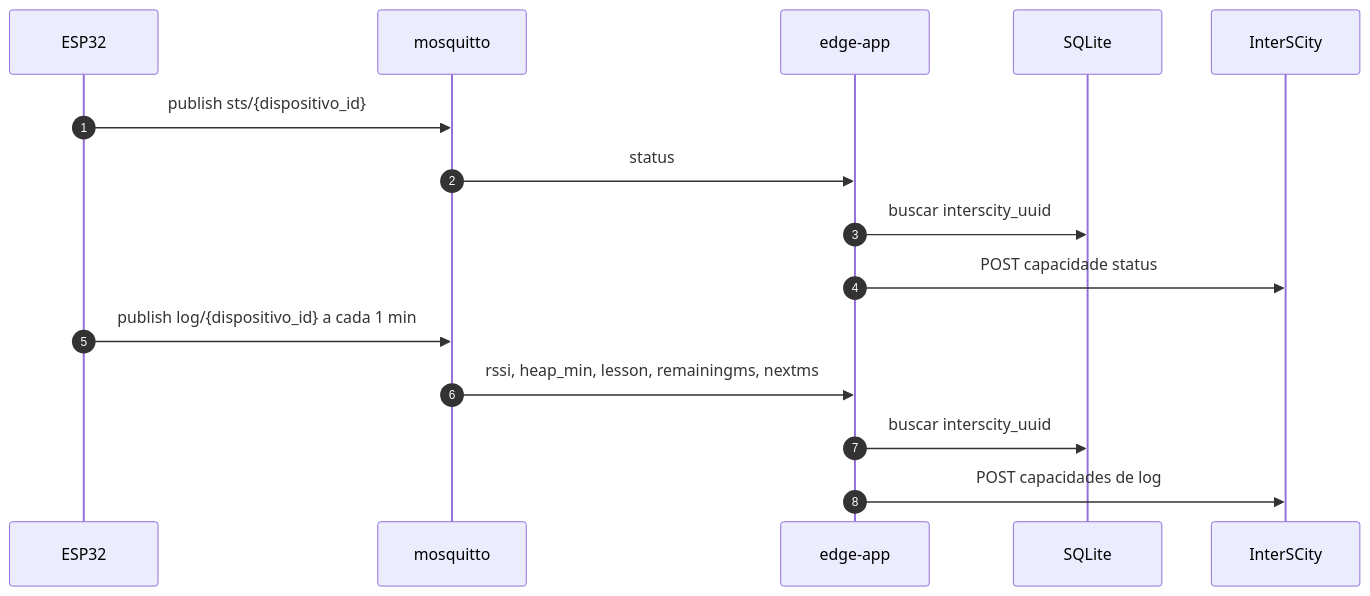
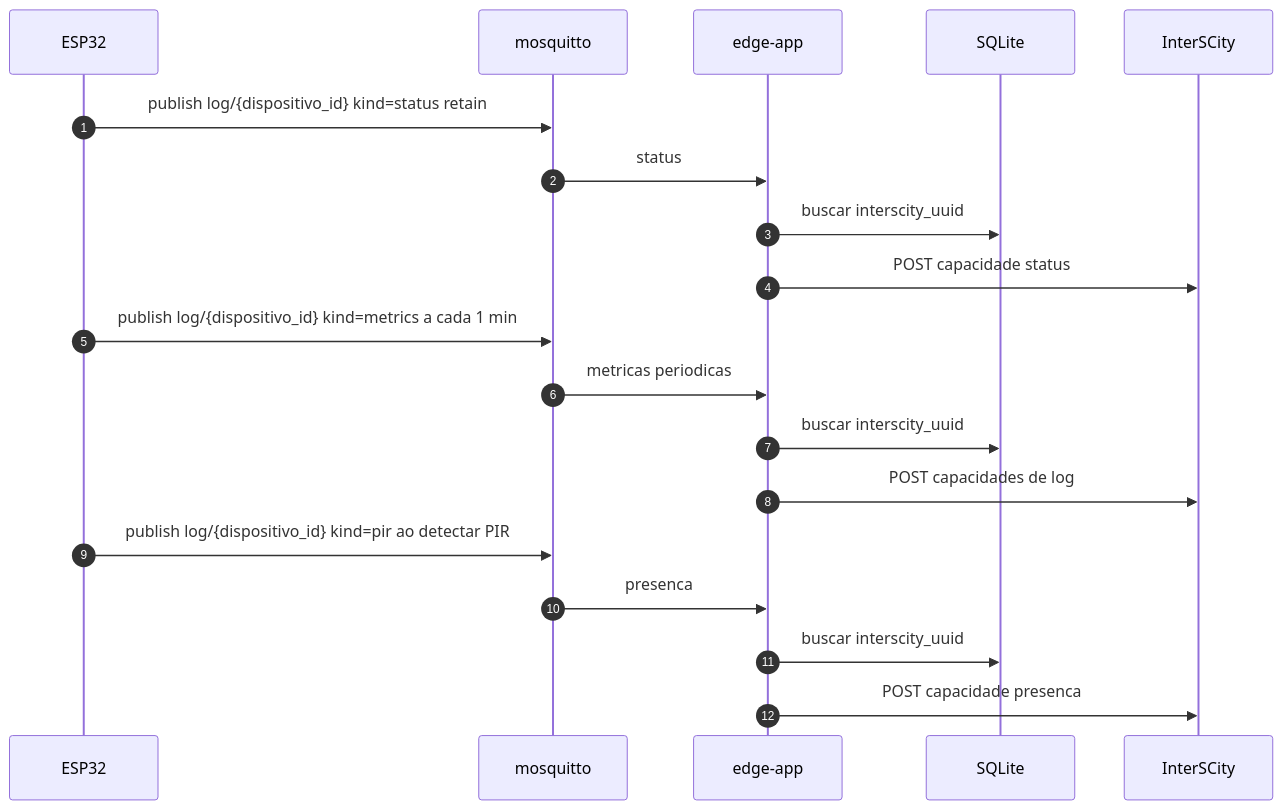
The fifth of 5 diagrams in README.md (DanielKGM/autoponto-edgenode), drawn with Mermaid before and after one commit. The commit also changed other lines of this file and 6 other files, not shown here.

````diff
--- a/README.md
+++ b/README.md
@@ -483,18 +559,22 @@
 ```mermaid
 sequenceDiagram
   autonumber
   participant ESP as ESP32
   participant MQ as mosquitto
   participant API as edge-app
   participant DB as SQLite
   participant IS as InterSCity
 
-  ESP->>MQ: publish sts/{dispositivo_id}
+  ESP->>MQ: publish log/{dispositivo_id} kind=status retain
   MQ->>API: status
   API->>DB: buscar interscity_uuid
   API->>IS: POST capacidade status
-  ESP->>MQ: publish log/{dispositivo_id} a cada 1 min
-  MQ->>API: rssi, heap_min, lesson, remainingms, nextms
+  ESP->>MQ: publish log/{dispositivo_id} kind=metrics a cada 1 min
+  MQ->>API: metricas periodicas
   API->>DB: buscar interscity_uuid
   API->>IS: POST capacidades de log
+  ESP->>MQ: publish log/{dispositivo_id} kind=pir ao detectar PIR
+  MQ->>API: presenca
+  API->>DB: buscar interscity_uuid
+  API->>IS: POST capacidade presenca
 ```
````
